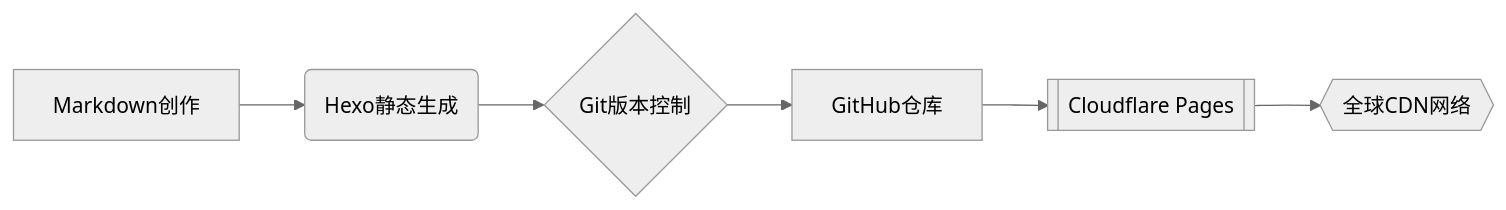
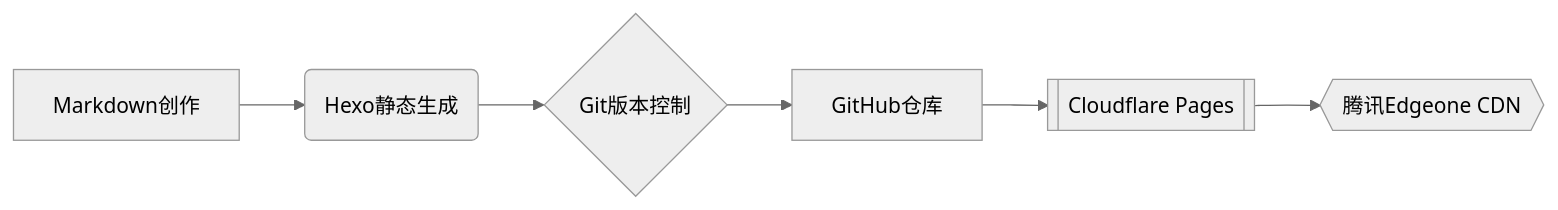
The diagram in source/about/index.md (THFLSClub/THFLS.club), drawn with Mermaid (neutral theme) before and after one commit. The commit also changed 1 other file, not shown here.

Commit message:
Update some files

````diff
--- a/source/about/index.md
+++ b/source/about/index.md
@@ -19,8 +19,8 @@
 ```mermaid
 graph LR
 A[Markdown创作] --> B(Hexo静态生成)
 B --> C{Git版本控制}
 C --> D[GitHub仓库]
 D --> E[[Cloudflare Pages]]
-E --> F{{全球CDN网络}}
+E --> F{{腾讯Edgeone CDN}}
 ```
````
